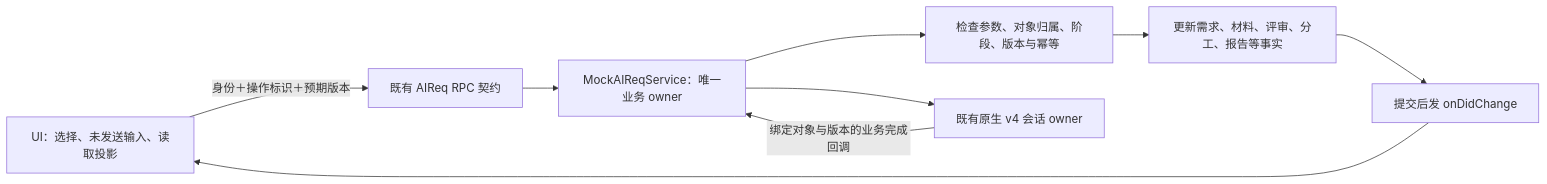
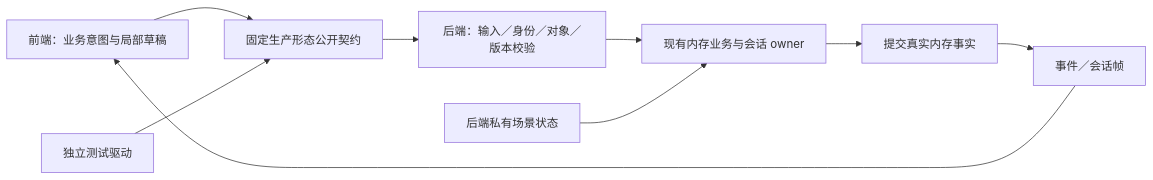
The diagram in .todo.md (jchanghong023/ZCode), drawn with Mermaid before and after one commit. The commit also changed other lines of this file and 53 other files, not shown here.

````diff
--- a/.todo.md
+++ b/.todo.md
@@ -144,11 +37,11 @@
 ```mermaid
 flowchart LR
-    U[UI：选择、未发送输入、读取投影] -->|身份＋操作标识＋预期版本| C[既有 AIReq RPC 契约]
-    C --> O[MockAIReqService：唯一业务 owner]
-    O --> V[检查参数、对象归属、阶段、版本与幂等]
-    V --> S[更新需求、材料、评审、分工、报告等事实]
-    S --> E[提交后发 onDidChange]
-    E --> U
-    O --> N[既有原生 v4 会话 owner]
-    N -->|绑定对象与版本的业务完成回调| O
+  UI[前端：业务意图与局部草稿] --> P[固定生产形态公开契约]
+  P --> V[后端：输入／身份／对象／版本校验]
+  V --> O[现有内存业务与会话 owner]
+  O --> C[提交真实内存事实]
+  C --> E[事件／会话帧]
+  E --> UI
+  F[后端私有场景状态] --> O
+  X[独立测试驱动] --> P
 ```
````
